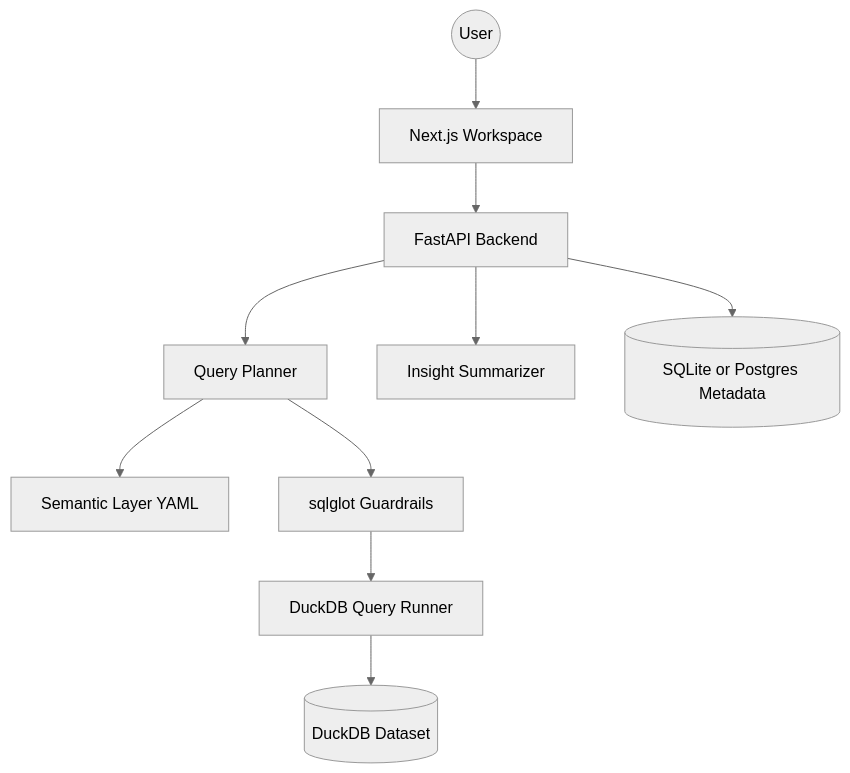
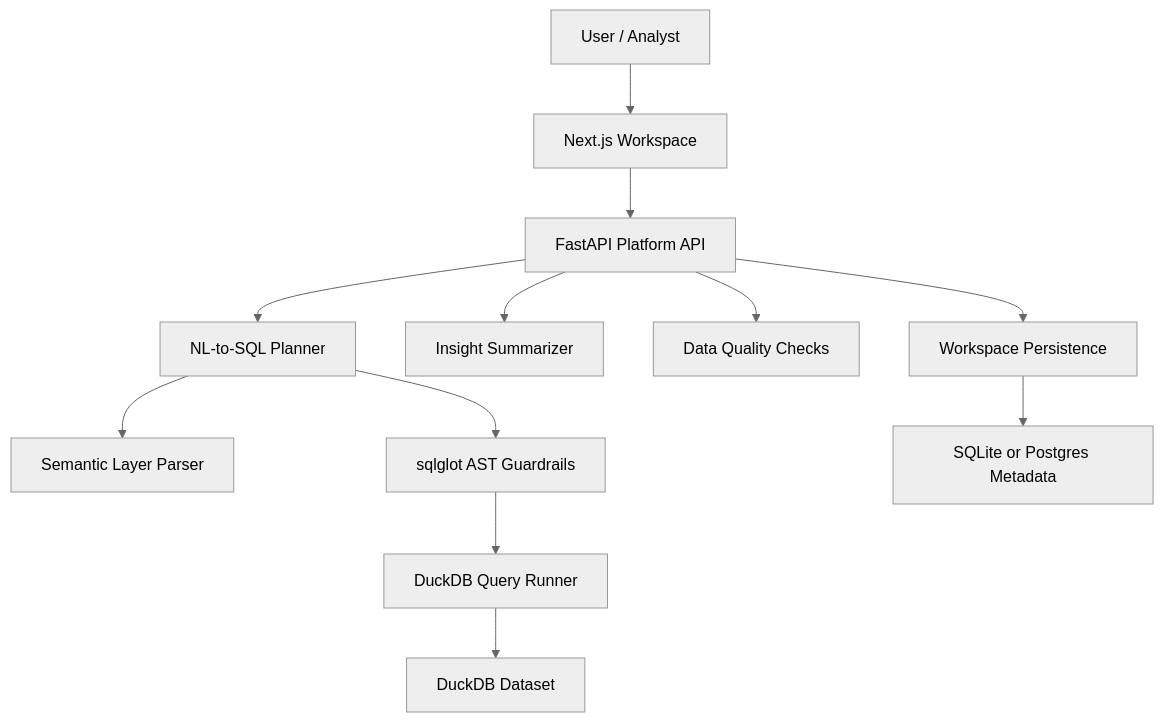
Before and after one commit to PSR94/helios: the first of 3 diagrams in README.md, drawn with Mermaid (neutral theme). The commit also changed other lines of this file, not shown here.

Commit message:
docs: Updated README with architecture flows, and product walkthrough

````diff
--- a/README.md
+++ b/README.md
@@ -21,12 +93,14 @@
 ```mermaid
 graph TD
-    User((User)) --> Web[Next.js Workspace]
-    Web --> API[FastAPI Backend]
-    API --> Planner[Query Planner]
-    Planner --> Semantic[Semantic Layer YAML]
-    Planner --> Validator[sqlglot Guardrails]
-    Validator --> Runner[DuckDB Query Runner]
-    API --> Insights[Insight Summarizer]
-    API --> Meta[(SQLite or Postgres Metadata)]
-    Runner --> DuckDB[(DuckDB Dataset)]
+    User["User / Analyst"] --> Web["Next.js Workspace"]
+    Web --> API["FastAPI Platform API"]
+    API --> Planner["NL-to-SQL Planner"]
+    Planner --> Semantic["Semantic Layer Parser"]
+    Planner --> Validator["sqlglot AST Guardrails"]
+    Validator --> Runner["DuckDB Query Runner"]
+    API --> Summarizer["Insight Summarizer"]
+    API --> Quality["Data Quality Checks"]
+    API --> Workspace["Workspace Persistence"]
+    Runner --> DuckDB["DuckDB Dataset"]
+    Workspace --> Meta["SQLite or Postgres Metadata"]
 ```
````
